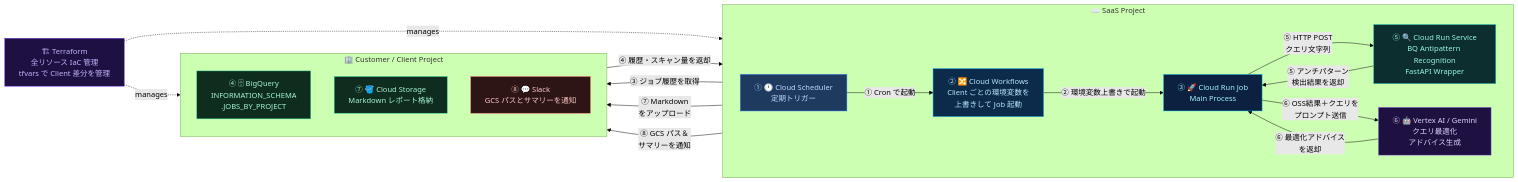
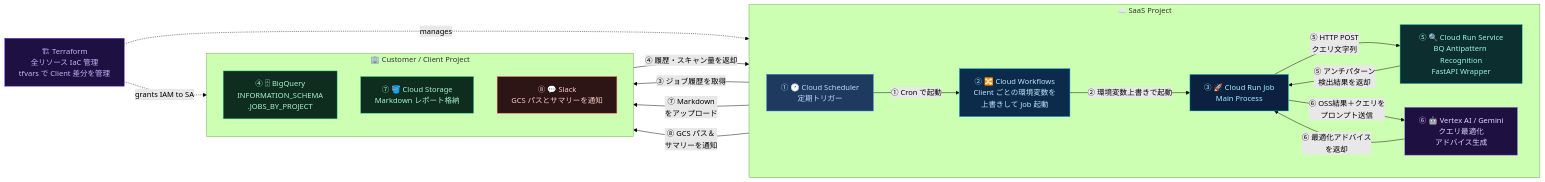
Before and after one commit to ea-Mitsuoka/gemini-bq-query-analyzer: the diagram in README.md, drawn with Mermaid (forest theme). The commit also changed other lines of this file and 15 other files, not shown here.

````diff
--- a/README.md
+++ b/README.md
@@ -7,59 +7,59 @@
 ```mermaid
 flowchart LR
     %% ─── Terraform (top) ────────────────────────────────────────────────────
     TF["🏗 Terraform\n全リソース IaC 管理\ntfvars で Client 差分を管理"]
 
     %% ─── SaaS Project ───────────────────────────────────────────────────────
     subgraph SAAS["☁️ SaaS Project"]
         direction LR
         SCH["① 🕐 Cloud Scheduler\n定期トリガー"]
         WF["② 🔀 Cloud Workflows\nClient ごとの環境変数を\n上書きして Job 起動"]
         JOB["③ 🚀 Cloud Run Job\nMain Process"]
         OSS["⑤ 🔍 Cloud Run Service\nBQ Antipattern Recognition\nFastAPI Wrapper"]
         VAI["⑥ 🤖 Vertex AI / Gemini\nクエリ最適化\nアドバイス生成"]
     end
 
     %% ─── Customer / Client Project ──────────────────────────────────────────
     subgraph CLIENT["🏢 Customer / Client Project"]
         direction TB
         BQ["④ 🗄 BigQuery\nINFORMATION_SCHEMA\n.JOBS_BY_PROJECT"]
         GCS["⑦ 🪣 Cloud Storage\nMarkdown レポート格納"]
         SLACK["⑧ 💬 Slack\nGCS パスとサマリーを通知"]
     end
 
     %% ─── Flows ───────────────────────────────────────────────────────────────
     SCH -->|"① Cron で起動"| WF
     WF  -->|"② 環境変数上書きで起動"| JOB
     JOB -->|"③ ジョブ履歴を取得"| BQ
     BQ  -->|"④ 履歴・スキャン量を返却"| JOB
     JOB -->|"⑤ HTTP POST\nクエリ文字列"| OSS
     OSS -->|"⑤ アンチパターン\n検出結果を返却"| JOB
     JOB -->|"⑥ OSS結果＋クエリを\nプロンプト送信"| VAI
     VAI -->|"⑥ 最適化アドバイス\nを返却"| JOB
     JOB -->|"⑦ Markdown\nをアップロード"| GCS
     JOB -->|"⑧ GCS パス＆\nサマリーを通知"| SLACK
 
     TF -.->|manages| SAAS
-    TF -.->|manages| CLIENT
+    TF -.->|grants IAM to SA| CLIENT
 
     %% ─── Styles ─────────────────────────────────────────────────────────────
     classDef scheduler fill:#1e3a5f,stroke:#3b82f6,color:#bfdbfe
     classDef workflows  fill:#0c2a4a,stroke:#0ea5e9,color:#bae6fd
     classDef crjob      fill:#0c2040,stroke:#22d3ee,color:#a5f3fc
     classDef crservice  fill:#0d2e2e,stroke:#2dd4bf,color:#99f6e4
     classDef vertexai   fill:#1e1040,stroke:#a78bfa,color:#ddd6fe
     classDef bigquery   fill:#0f2d1f,stroke:#34d399,color:#a7f3d0
     classDef gcs        fill:#0f2d1f,stroke:#34d399,color:#a7f3d0
     classDef slack      fill:#2d1515,stroke:#f87171,color:#fecaca
     classDef terraform  fill:#1e1040,stroke:#7c3aed,color:#c4b5fd
 
     class SCH scheduler
     class WF workflows
     class JOB crjob
     class OSS crservice
     class VAI vertexai
     class BQ bigquery
     class GCS gcs
     class SLACK slack
     class TF terraform
 ```
````
